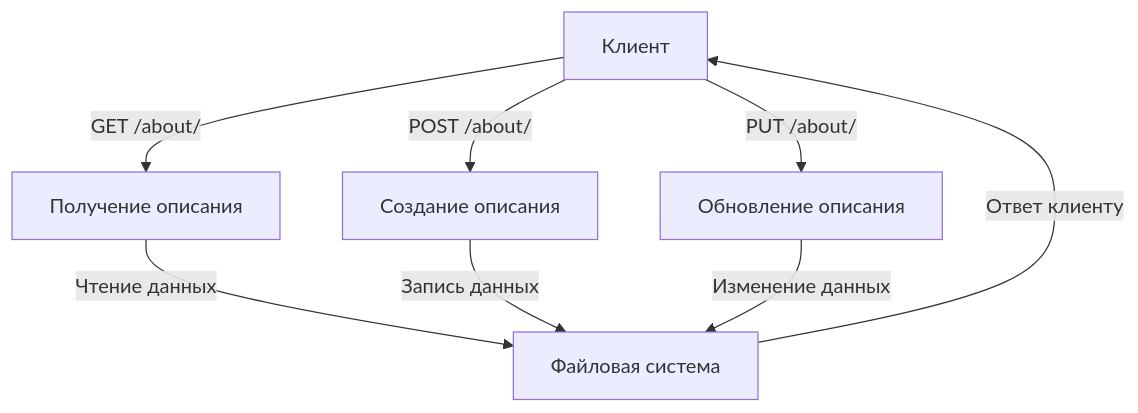
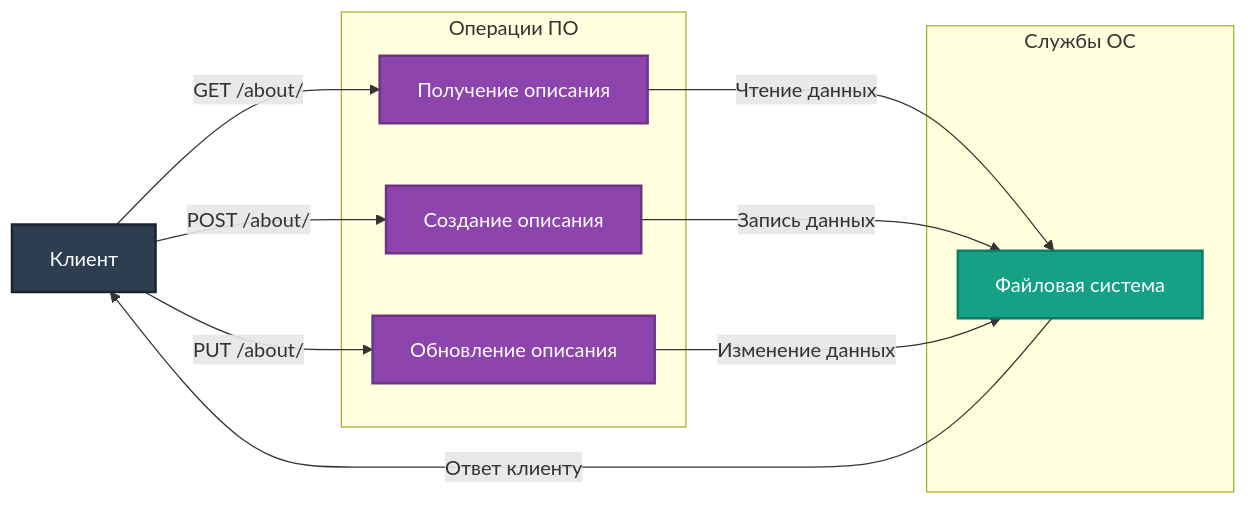
Before and after one commit to SkySai1/ProjectArc_back: the diagram in data/app/routes/about/README.md, drawn with Mermaid.

Commit message:
Обновлена диаграмма комопнентов about

````diff
--- a/data/app/routes/about/README.md
+++ b/data/app/routes/about/README.md
@@ -74,10 +74,34 @@
 ```mermaid
-graph TD
-    A[Клиент] -->|GET /about/| B[Получение описания]
-    A[Клиент] -->|POST /about/| C[Создание описания]
-    A[Клиент] -->|PUT /about/| D[Обновление описания]
-    B -->|Чтение данных| E[Файловая система]
+graph LR
+    %% Определение стилей для различных типов узлов с улучшенной цветовой палитрой
+    classDef clientStyle fill:#2c3e50, stroke:#1a252f, color:#ffffff, stroke-width:2px;
+    classDef operationStyle fill:#8e44ad, stroke:#6c3483, color:#ffffff, stroke-width:2px;
+    classDef systemStyle fill:#16a085, stroke:#117a65, color:#ffffff, stroke-width:2px;
+
+    %% Узлы диаграммы
+    A[Клиент]:::clientStyle
+
+    subgraph Операции ПО
+        B[Получение описания]:::operationStyle
+        C[Создание описания]:::operationStyle
+        D[Обновление описания]:::operationStyle
+    end
+
+    subgraph Службы ОС
+        E[Файловая система]:::systemStyle
+    end
+
+    %% Связи между узлами
+    A -->|GET /about/| B
+    A -->|POST /about/| C
+    A -->|PUT /about/| D
+
+    B -->|Чтение данных| E
     C -->|Запись данных| E
     D -->|Изменение данных| E
+
     E -->|Ответ клиенту| A
+
+
+
 ```
````
